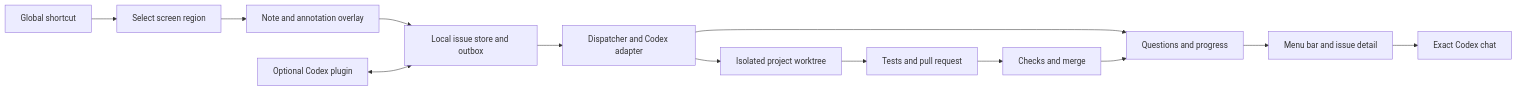
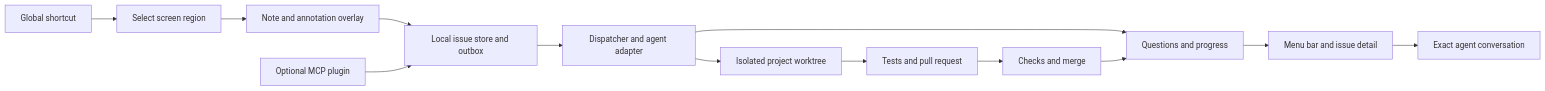
One commit to lludo/ScreenClip changed the diagram in docs/technical-design.md. Above: the diagram before and after it, drawn with Mermaid. The commit also changed other lines of this file and 8 other files, not shown here.

````diff
--- a/docs/technical-design.md
+++ b/docs/technical-design.md
@@ -21,15 +21,15 @@
 ```mermaid
 flowchart LR
     A[Global shortcut] --> B[Select screen region]
     B --> C[Note and annotation overlay]
     C --> D[Local issue store and outbox]
-    D --> E[Dispatcher and Codex adapter]
+    D --> E[Dispatcher and agent adapter]
     E --> F[Isolated project worktree]
     F --> G[Tests and pull request]
     G --> H[Checks and merge]
     E --> I[Questions and progress]
     H --> I
     I --> J[Menu bar and issue detail]
-    J --> K[Exact Codex chat]
-    L[Optional Codex plugin] <--> D
+    J --> K[Exact agent conversation]
+    L[Optional MCP plugin] --> D
 ```
````
